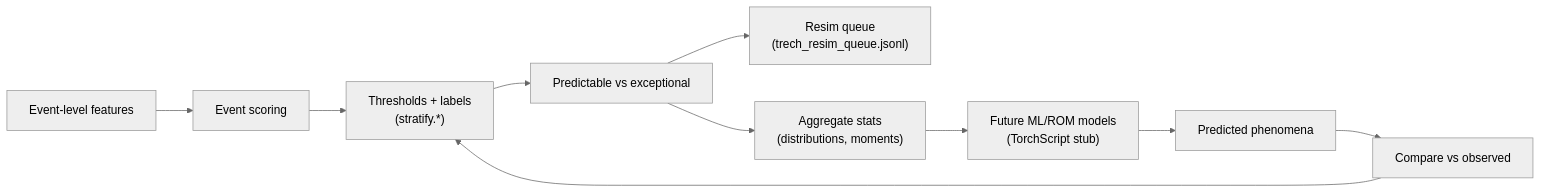
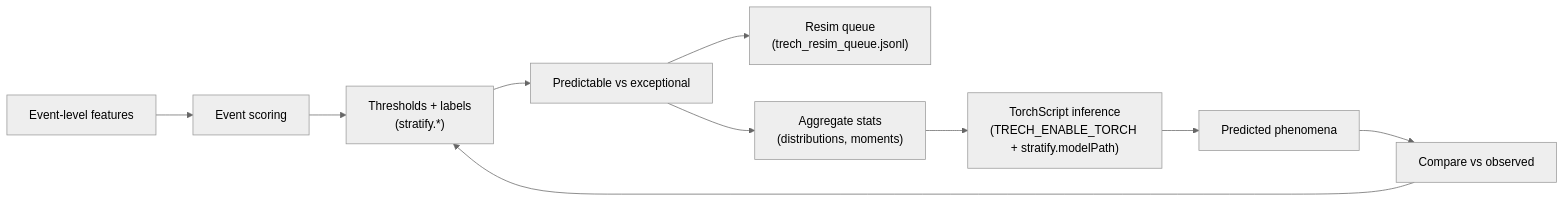
The fifth of 6 diagrams in CHARTS.md (Geckos-Ink/trech), drawn with Mermaid (neutral theme) before and after one commit. The commit also changed 9 other files, not shown here.

````diff
--- a/CHARTS.md
+++ b/CHARTS.md
@@ -96,12 +96,12 @@
 ```mermaid
 flowchart LR
   EVENTS["Event-level features"] --> SCORE["Event scoring"]
   SCORE --> THR["Thresholds + labels\n(stratify.*)"]
   THR --> CLASS["Predictable vs exceptional"]
   CLASS --> RESIM["Resim queue\n(trech_resim_queue.jsonl)"]
   CLASS --> STATS["Aggregate stats\n(distributions, moments)"]
-  STATS --> MODEL["Future ML/ROM models\n(TorchScript stub)"]
+  STATS --> MODEL["TorchScript inference\n(TRECH_ENABLE_TORCH + stratify.modelPath)"]
   MODEL --> PRED["Predicted phenomena"]
   PRED --> COMP["Compare vs observed"]
   COMP --> THR
 ```
````
